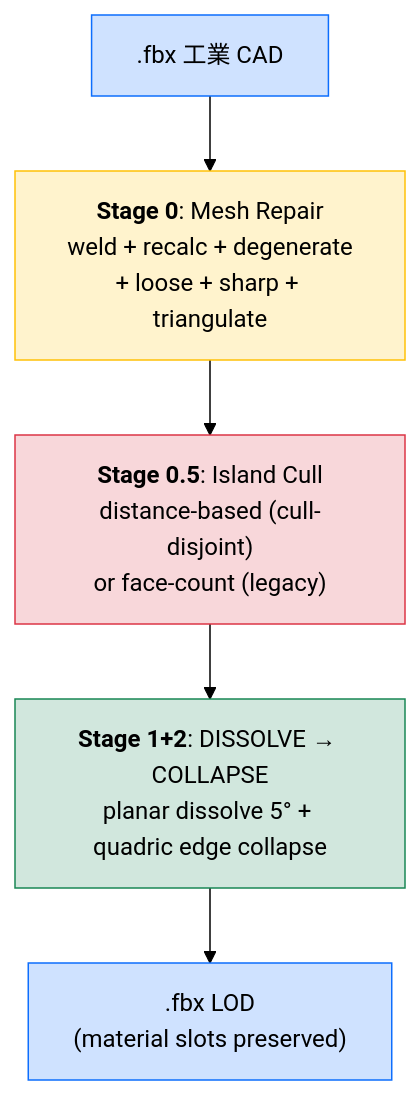
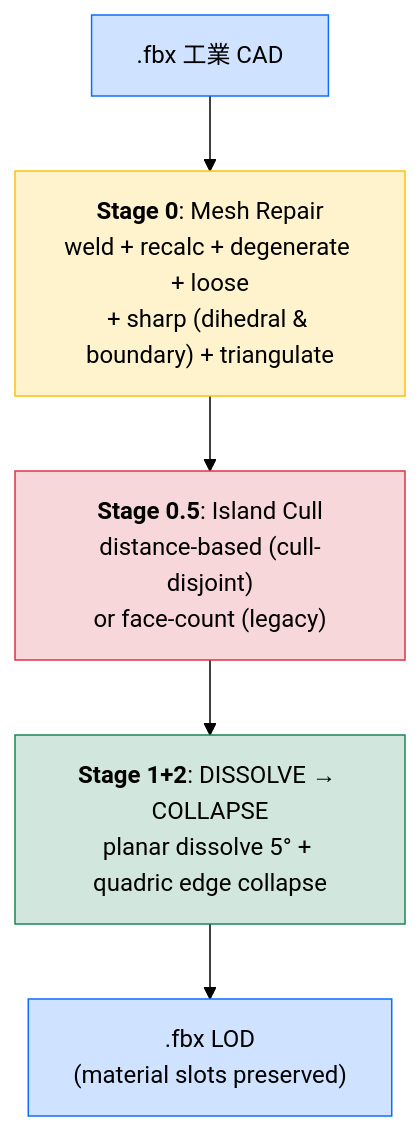
The first of 4 diagrams in docs/USER_GUIDE.md (jameschao2001/DIAMesh), drawn with Mermaid (forest theme) before and after one commit. The commit also changed other lines of this file and 3 other files, not shown here.

````diff
--- a/docs/USER_GUIDE.md
+++ b/docs/USER_GUIDE.md
@@ -64,18 +64,18 @@
 ```mermaid
 flowchart TD
     Input[".fbx 工業 CAD"]:::data
-    Repair["<b>Stage 0</b>: Mesh Repair<br/>weld + recalc + degenerate<br/>+ loose + sharp + triangulate"]:::s0
+    Repair["<b>Stage 0</b>: Mesh Repair<br/>weld + recalc + degenerate + loose<br/>+ sharp (dihedral & boundary) + triangulate"]:::s0
     Cull["<b>Stage 0.5</b>: Island Cull<br/>distance-based (cull-disjoint)<br/>or face-count (legacy)"]:::s0_5
     Reduce["<b>Stage 1+2</b>: DISSOLVE → COLLAPSE<br/>planar dissolve 5° + quadric edge collapse"]:::s1
     Output[".fbx LOD<br/>(material slots preserved)"]:::data
 
     Input --> Repair
     Repair --> Cull
     Cull --> Reduce
     Reduce --> Output
 
     classDef data fill:#cfe2ff,stroke:#0d6efd;
     classDef s0 fill:#fff3cd,stroke:#ffc107;
     classDef s0_5 fill:#f8d7da,stroke:#dc3545;
     classDef s1 fill:#d1e7dd,stroke:#198754;
 ```
````
